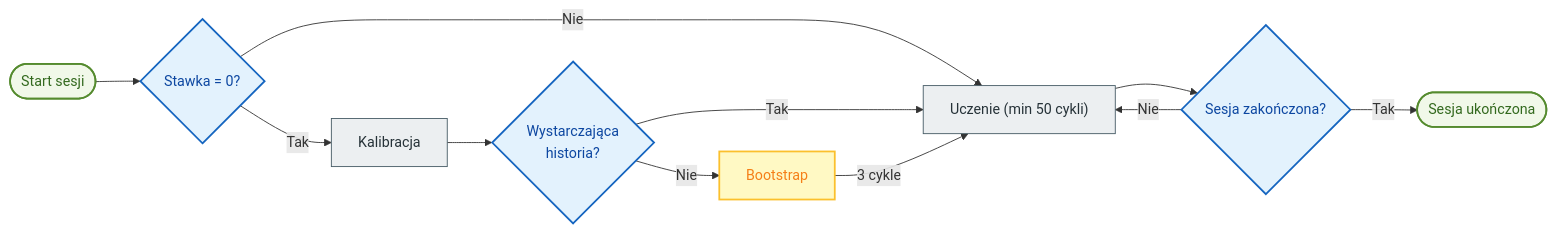
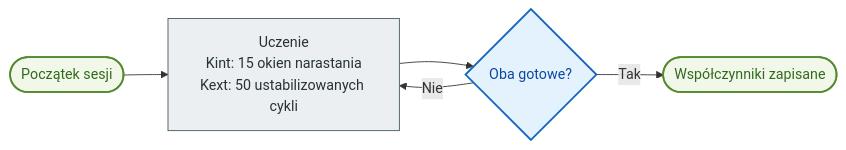
Before and after one commit to jmcollin78/versatile_thermostat: the diagram in documentation/pl/feature-autotpi.md, drawn with Mermaid. The commit also changed other lines of this file and 10 other files, not shown here.

````diff
--- a/documentation/pl/feature-autotpi.md
+++ b/documentation/pl/feature-autotpi.md
@@ -17,27 +17,15 @@
 ```mermaid
 graph LR
-    %% Flat Design Palette
     classDef startEnd fill:#f1f8e9,stroke:#558b2f,stroke-width:2px,color:#33691e
     classDef decision fill:#e3f2fd,stroke:#1565c0,stroke-width:2px,color:#0d47a1
     classDef process fill:#eceff1,stroke:#455a64,stroke-width:1px,color:#263238
-    classDef bootstrap fill:#fff9c4,stroke:#fbc02d,stroke-width:2px,color:#f57f17
 
-    A([Start sesji]) --> B{Stawka = 0?}
-    
-    B -- "Tak" --> C[Kalibracja]
-    B -- "Nie" --> D["Uczenie (min 50 cykli)"]
-    
-    C --> E{Wystarczająca\nhistoria?}
-    E -- "Tak" --> D
-    E -- "Nie" --> F[Bootstrap]
-    F -->|3 cykle| D
-    
-    D --> G{Sesja zakończona?}
-    G -- "Nie" --> D
-    G -- "Tak" --> H([Sesja ukończona])
+    A([Początek sesji]) --> B["Uczenie<br/>Kint: 15 okien narastania<br/>Kext: 50 ustabilizowanych cykli"]
+    B --> C{Oba gotowe?}
+    C -- "Nie" --> B
+    C -- "Tak" --> D([Współczynniki zapisane])
 
-    class A,H startEnd
-    class B,E,G decision
-    class C,D process
-    class F bootstrap
+    class A,D startEnd
+    class C decision
+    class B process
 ```
````
